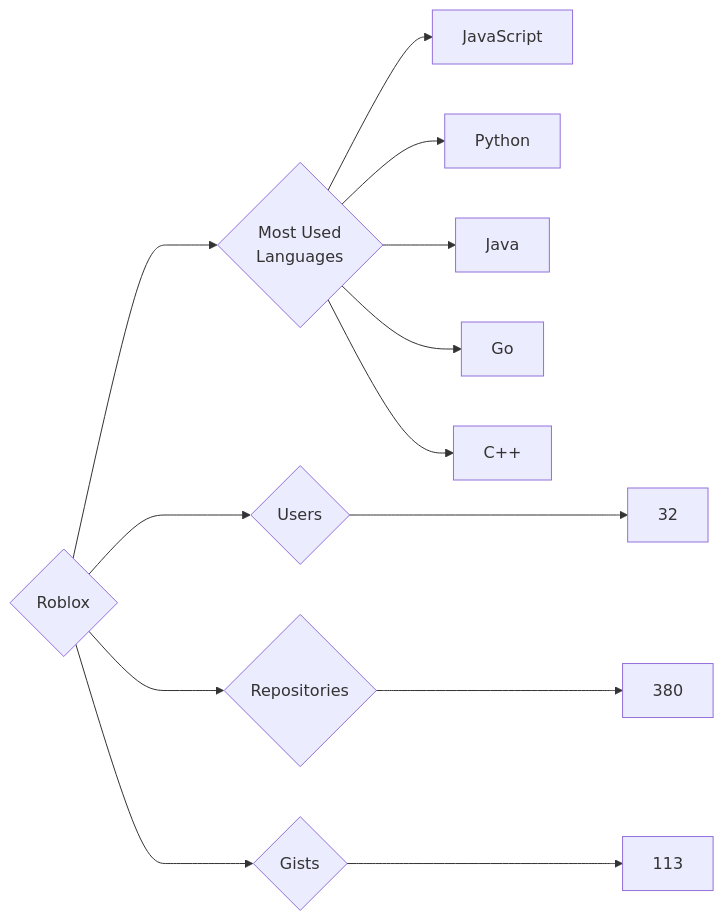
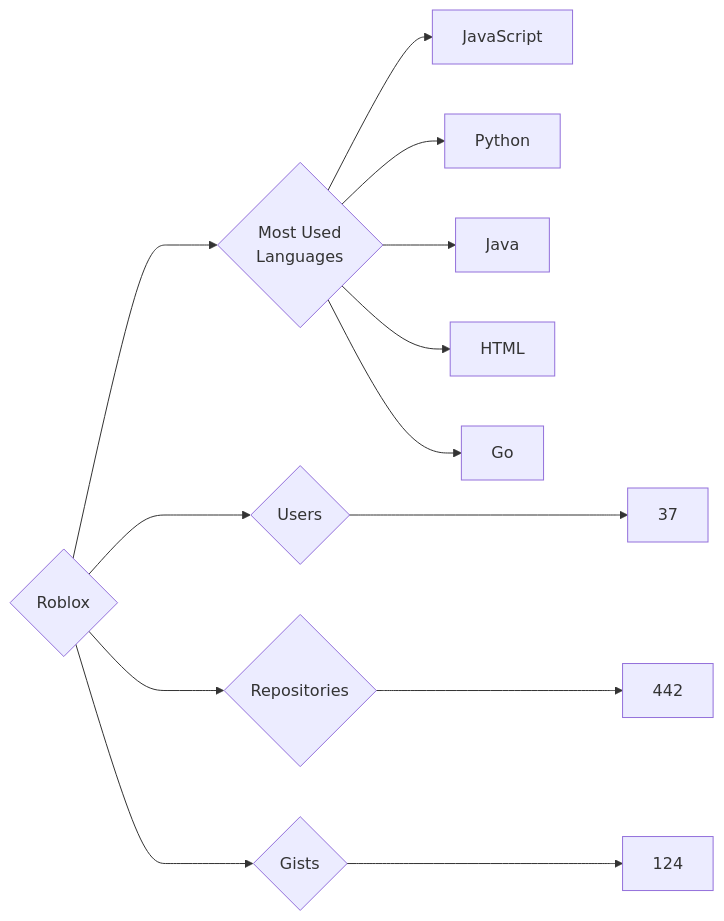
Before and after one commit to trickest/insiders: the diagram in targets/Roblox/README.md, drawn with Mermaid. The commit also changed 815 other files, not shown here.

````diff
--- a/targets/Roblox/README.md
+++ b/targets/Roblox/README.md
@@ -3,13 +3,13 @@
 ```mermaid
 graph LR
 COMPANY_NAME{Roblox}
-COMPANY_NAME ---> U{Users} ---> UN[32]
-COMPANY_NAME ---> R{Repositories} ---> RN[380]
-COMPANY_NAME ---> G{Gists} ---> GN[113]
+COMPANY_NAME ---> U{Users} ---> UN[37]
+COMPANY_NAME ---> R{Repositories} ---> RN[442]
+COMPANY_NAME ---> G{Gists} ---> GN[124]
 COMPANY_NAME ---> ML{Most Used<br>Languages}
 ML --> JavaScript[JavaScript]
 ML --> Python[Python]
 ML --> Java[Java]
+ML --> HTML[HTML]
 ML --> Go[Go]
-ML --> C++[C++]
 ```
````
